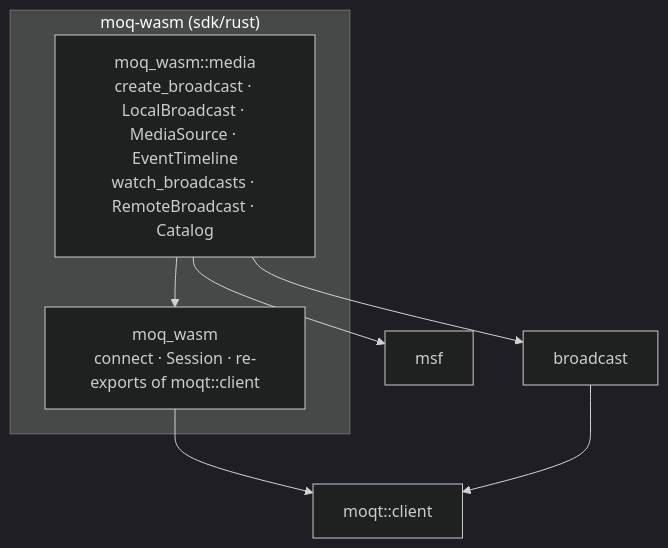
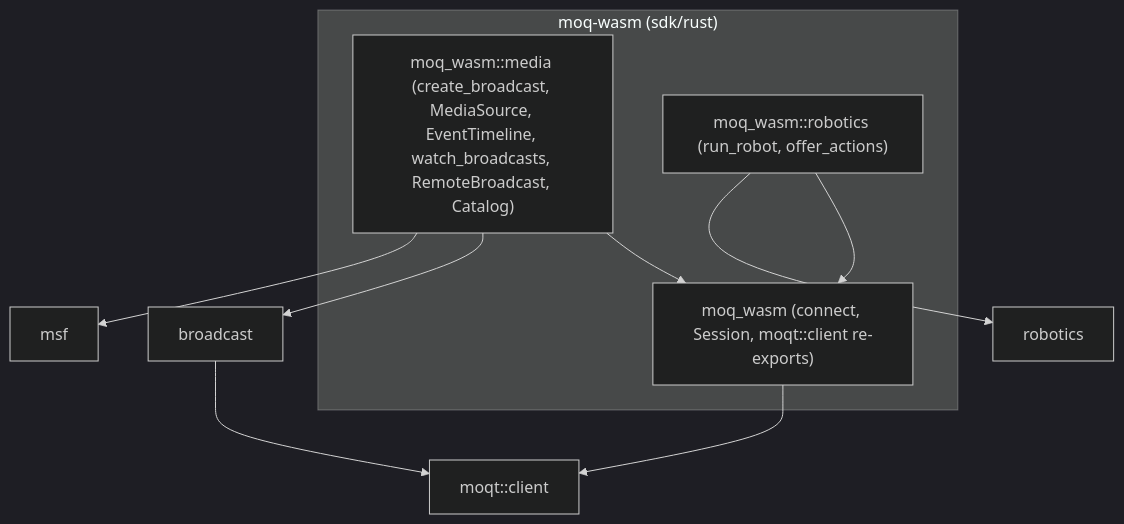
One commit to nttcom/moq-wasm changed the diagram in docs/architecture/moq-wasm/sdk.md. Above: the diagram before and after it, drawn with Mermaid (dark theme). The commit also changed other lines of this file and 99 other files, not shown here.

Commit message:
docs(architecture): simplify architecture docs for readability (#2021)

````diff
--- a/docs/architecture/moq-wasm/sdk.md
+++ b/docs/architecture/moq-wasm/sdk.md
@@ -84,12 +36,15 @@
 ```mermaid
 flowchart TB
     subgraph moq_wasm["moq-wasm (sdk/rust)"]
-        media["moq_wasm::media<br/>create_broadcast · LocalBroadcast · MediaSource · EventTimeline<br/>watch_broadcasts · RemoteBroadcast · Catalog"]
-        core["moq_wasm<br/>connect · Session · re-exports of moqt::client"]
+        media["moq_wasm::media (create_broadcast, MediaSource, EventTimeline, watch_broadcasts, RemoteBroadcast, Catalog)"]
+        robotics["moq_wasm::robotics (run_robot, offer_actions)"]
+        core["moq_wasm (connect, Session, moqt::client re-exports)"]
     end
     media --> core
     media --> broadcast["broadcast"]
     media --> msf["msf"]
+    robotics --> core
+    robotics --> rlib["robotics"]
     core --> moqt["moqt::client"]
     broadcast --> moqt
 ```
````
